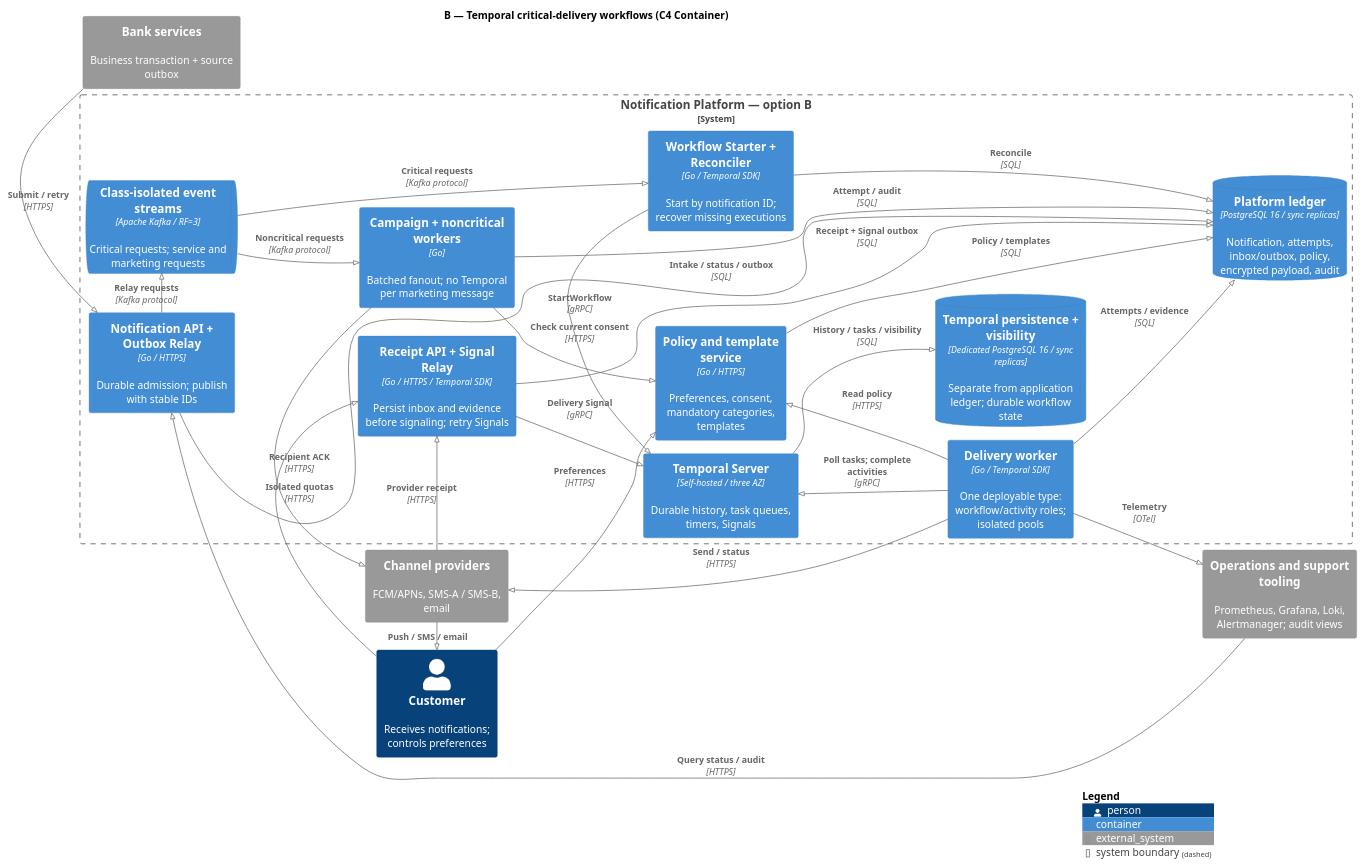
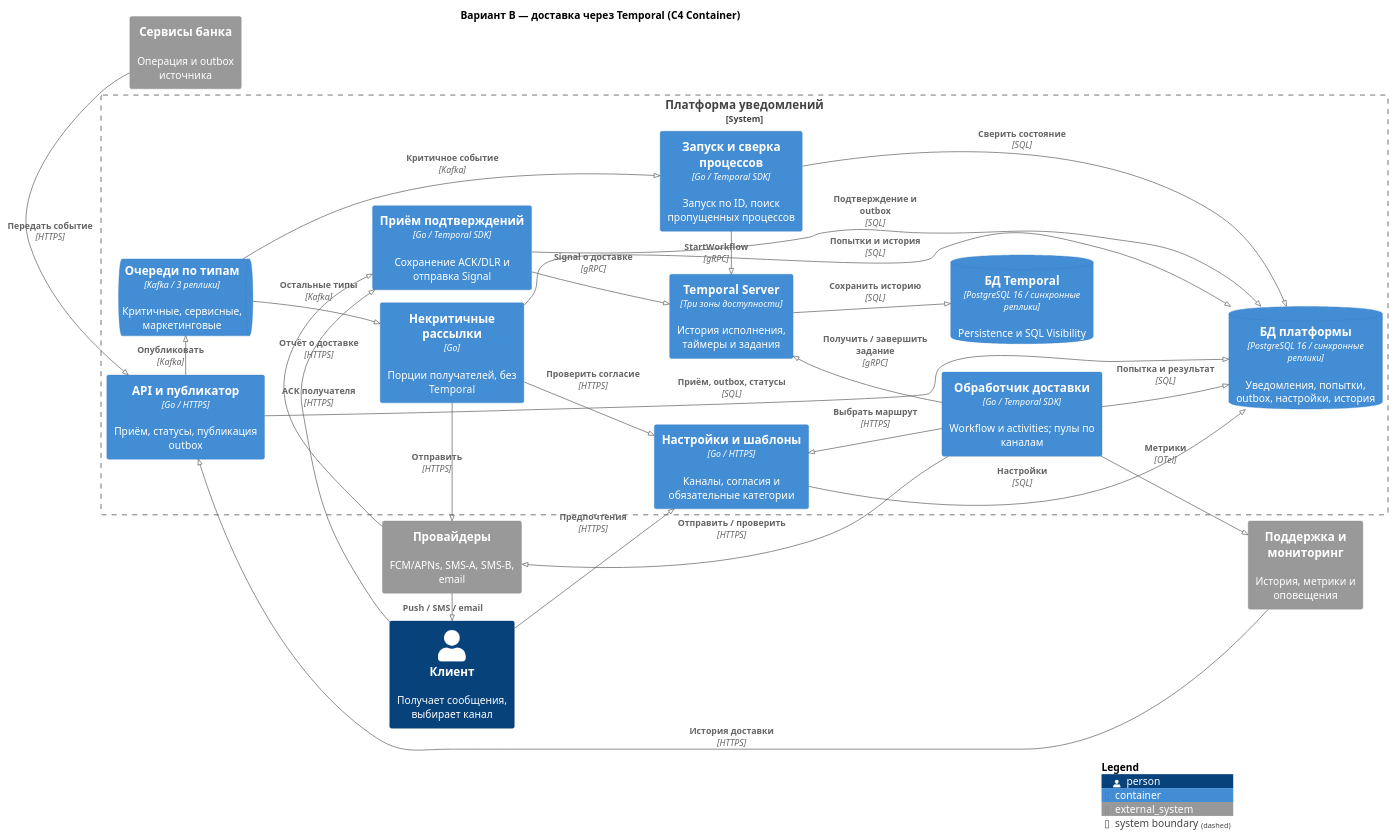
The diagram in hw4/diagrams/b-container.puml (irinamilova/marketplace-architecture), drawn with PlantUML before and after one commit. The commit also changed 18 other files, not shown here.

```diff
--- a/hw4/diagrams/b-container.puml
+++ b/hw4/diagrams/b-container.puml
@@ -1,50 +1,50 @@
 @startuml
 !pragma layout smetana
 !include <C4/C4_Container>
-title B — Temporal critical-delivery workflows (C4 Container)
+title Вариант B — доставка через Temporal (C4 Container)
 LAYOUT_LEFT_RIGHT()
-Person(customer, "Customer", "Receives notifications; controls preferences")
-System_Ext(bank, "Bank services", "Business transaction + source outbox")
-System_Ext(channels, "Channel providers", "FCM/APNs, SMS-A / SMS-B, email")
-System_Ext(obs, "Operations and support tooling", "Prometheus, Grafana, Loki, Alertmanager; audit views")
-System_Boundary(platform, "Notification Platform — option B") {
-  Container(api, "Notification API + Outbox Relay", "Go / HTTPS", "Durable admission; publish with stable IDs")
-  ContainerDb(ledger, "Platform ledger", "PostgreSQL 16 / sync replicas", "Notification, attempts, inbox/outbox, policy, encrypted payload, audit")
-  ContainerQueue(kafka, "Class-isolated event streams", "Apache Kafka / RF=3", "Critical requests; service and marketing requests")
-  Container(starter, "Workflow Starter + Reconciler", "Go / Temporal SDK", "Start by notification ID; recover missing executions")
-  Container(temporal, "Temporal Server", "Self-hosted / three AZ", "Durable history, task queues, timers, Signals")
-  ContainerDb(persistence, "Temporal persistence + visibility", "Dedicated PostgreSQL 16 / sync replicas", "Separate from application ledger; durable workflow state")
-  Container(workers, "Delivery worker", "Go / Temporal SDK", "One deployable type: workflow/activity roles; isolated pools")
-  Container(receipts, "Receipt API + Signal Relay", "Go / HTTPS / Temporal SDK", "Persist inbox and evidence before signaling; retry Signals")
-  Container(policy, "Policy and template service", "Go / HTTPS", "Preferences, consent, mandatory categories, templates")
-  Container(campaign, "Campaign + noncritical workers", "Go", "Batched fanout; no Temporal per marketing message")
+Person(user, "Клиент", "Получает сообщения, выбирает канал")
+System_Ext(bank, "Сервисы банка", "Операция и outbox источника")
+System_Ext(provider, "Провайдеры", "FCM/APNs, SMS-A, SMS-B, email")
+System_Ext(ops, "Поддержка и мониторинг", "История, метрики и оповещения")
+System_Boundary(platform, "Платформа уведомлений") {
+  Container(api, "API и публикатор", "Go / HTTPS", "Приём, статусы, публикация outbox")
+  ContainerQueue(broker, "Очереди по типам", "Kafka / 3 реплики", "Критичные, сервисные, маркетинговые")
+  Container(starter, "Запуск и сверка процессов", "Go / Temporal SDK", "Запуск по ID, поиск пропущенных процессов")
+  Container(temporal, "Temporal Server", "Три зоны доступности", "История исполнения, таймеры и задания")
+  ContainerDb(storage, "БД Temporal", "PostgreSQL 16 / синхронные реплики", "Persistence и SQL Visibility")
+  Container(worker, "Обработчик доставки", "Go / Temporal SDK", "Workflow и activities; пулы по каналам")
+  Container(receipt, "Приём подтверждений", "Go / Temporal SDK", "Сохранение ACK/DLR и отправка Signal")
+  Container(policy, "Настройки и шаблоны", "Go / HTTPS", "Каналы, согласия и обязательные категории")
+  Container(campaign, "Некритичные рассылки", "Go", "Порции получателей, без Temporal")
+  ContainerDb(db, "БД платформы", "PostgreSQL 16 / синхронные реплики", "Уведомления, попытки, outbox, настройки, история")
 }
-Rel_R(bank, api, "Submit / retry", "HTTPS")
-Rel_D(api, ledger, "Intake / status / outbox", "SQL")
-Rel_R(api, kafka, "Relay requests", "Kafka protocol")
-Rel_R(kafka, starter, "Critical requests", "Kafka protocol")
+Rel_R(bank, api, "Передать событие", "HTTPS")
+Rel_D(api, db, "Приём, outbox, статусы", "SQL")
+Rel_R(api, broker, "Опубликовать", "Kafka")
+Rel_R(broker, starter, "Критичное событие", "Kafka")
 Rel_R(starter, temporal, "StartWorkflow", "gRPC")
-Rel(starter, ledger, "Reconcile", "SQL")
-Rel_D(temporal, persistence, "History / tasks / visibility", "SQL")
-Rel(workers, temporal, "Poll tasks; complete activities", "gRPC")
-Rel(workers, ledger, "Attempts / evidence", "SQL")
-Rel_U(workers, policy, "Read policy", "HTTPS")
-Rel_R(workers, channels, "Send / status", "HTTPS")
-Rel_R(channels, customer, "Push / SMS / email")
-Rel_D(channels, receipts, "Provider receipt", "HTTPS")
-Rel(customer, receipts, "Recipient ACK", "HTTPS")
-Rel(receipts, ledger, "Receipt + Signal outbox", "SQL")
-Rel(receipts, temporal, "Delivery Signal", "gRPC")
-Rel(policy, ledger, "Policy / templates", "SQL")
-Rel(customer, policy, "Preferences", "HTTPS")
-Rel(kafka, campaign, "Noncritical requests", "Kafka protocol")
-Rel(campaign, policy, "Check current consent", "HTTPS")
-Rel(campaign, ledger, "Attempt / audit", "SQL")
-Rel(campaign, channels, "Isolated quotas", "HTTPS")
-Rel(workers, obs, "Telemetry", "OTel")
-Rel(obs, api, "Query status / audit", "HTTPS")
-Lay_D(kafka, campaign)
-Lay_R(temporal, workers)
-Lay_D(ledger, obs)
+Rel(starter, db, "Сверить состояние", "SQL")
+Rel_D(temporal, storage, "Сохранить историю", "SQL")
+Rel(worker, temporal, "Получить / завершить задание", "gRPC")
+Rel(worker, db, "Попытка и результат", "SQL")
+Rel_U(worker, policy, "Выбрать маршрут", "HTTPS")
+Rel_R(worker, provider, "Отправить / проверить", "HTTPS")
+Rel_R(provider, user, "Push / SMS / email")
+Rel_D(provider, receipt, "Отчёт о доставке", "HTTPS")
+Rel(user, receipt, "ACK получателя", "HTTPS")
+Rel(receipt, db, "Подтверждение и outbox", "SQL")
+Rel(receipt, temporal, "Signal о доставке", "gRPC")
+Rel(policy, db, "Настройки", "SQL")
+Rel(user, policy, "Предпочтения", "HTTPS")
+Rel(broker, campaign, "Остальные типы", "Kafka")
+Rel(campaign, policy, "Проверить согласие", "HTTPS")
+Rel(campaign, db, "Попытки и история", "SQL")
+Rel(campaign, provider, "Отправить", "HTTPS")
+Rel(worker, ops, "Метрики", "OTel")
+Rel(ops, api, "История доставки", "HTTPS")
+Lay_D(broker, campaign)
+Lay_R(temporal, worker)
+Lay_D(db, ops)
 SHOW_LEGEND()
 @enduml
```
